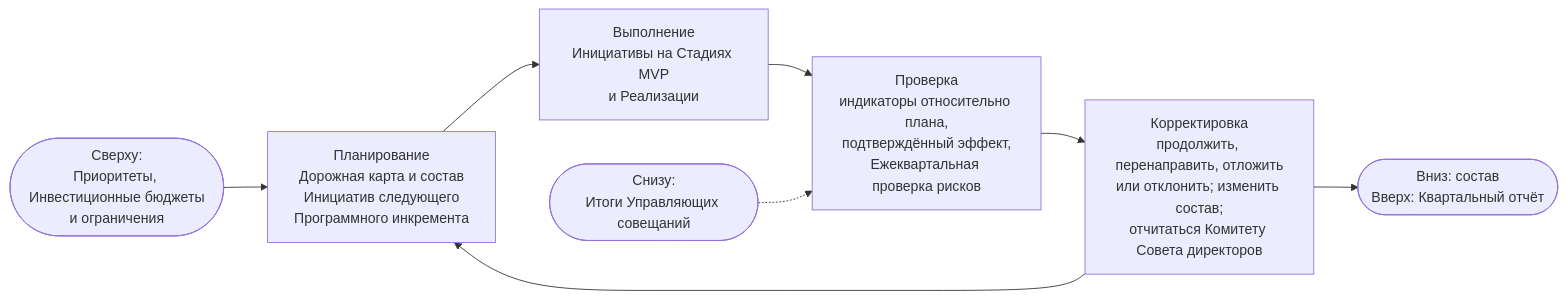
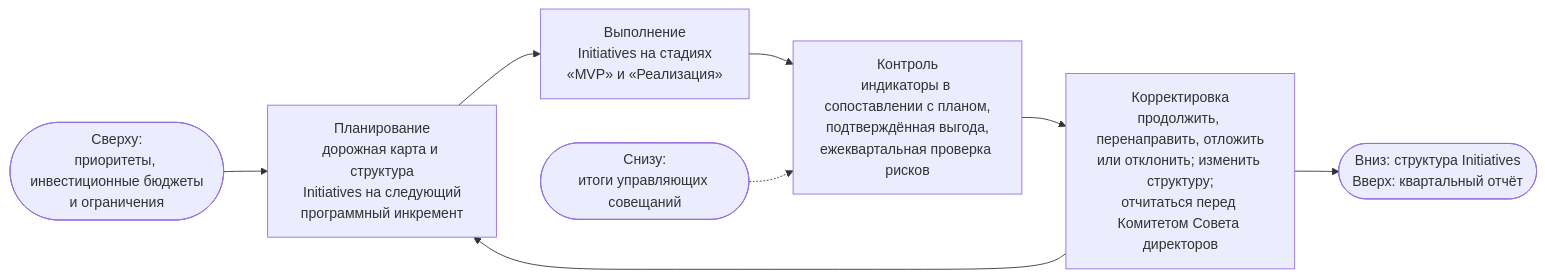
The third of 5 diagrams in portal/content/ru/portfolio/the-loops-and-governance.md (devhogu/ob-aicc), drawn with Mermaid before and after one commit. The commit also changed other lines of this file and 16 other files, not shown here.

````diff
--- a/portal/content/ru/portfolio/the-loops-and-governance.md
+++ b/portal/content/ru/portfolio/the-loops-and-governance.md
@@ -53,10 +53,10 @@
 ```mermaid
 flowchart LR
-  IN(["Сверху:<br/>Приоритеты, Инвестиционные бюджеты<br/>и ограничения"]) --> P["Планирование<br/>Дорожная карта и состав<br/>Инициатив следующего<br/>Программного инкремента"]
-  P --> D["Выполнение<br/>Инициативы на Стадиях MVP<br/>и Реализации"]
-  D --> C["Проверка<br/>индикаторы относительно плана,<br/>подтверждённый эффект,<br/>Ежеквартальная проверка рисков"]
-  C --> A["Корректировка<br/>продолжить, перенаправить, отложить<br/>или отклонить; изменить состав;<br/>отчитаться Комитету Совета директоров"]
+  IN(["Сверху:<br/>приоритеты, инвестиционные бюджеты<br/>и ограничения"]) --> P["Планирование<br/>дорожная карта и структура<br/>Initiatives на следующий<br/>программный инкремент"]
+  P --> D["Выполнение<br/>Initiatives на стадиях<br/>«MVP» и «Реализация»"]
+  D --> C["Контроль<br/>индикаторы в сопоставлении с планом,<br/>подтверждённая выгода,<br/>ежеквартальная проверка рисков"]
+  C --> A["Корректировка<br/>продолжить, перенаправить, отложить<br/>или отклонить; изменить структуру;<br/>отчитаться перед Комитетом Совета директоров"]
   A --> P
-  EV(["Снизу:<br/>Итоги Управляющих совещаний"]) -.-> C
-  A --> OUT(["Вниз: состав<br/>Вверх: Квартальный отчёт"])
+  EV(["Снизу:<br/>итоги управляющих совещаний"]) -.-> C
+  A --> OUT(["Вниз: структура Initiatives<br/>Вверх: квартальный отчёт"])
 ```
````
